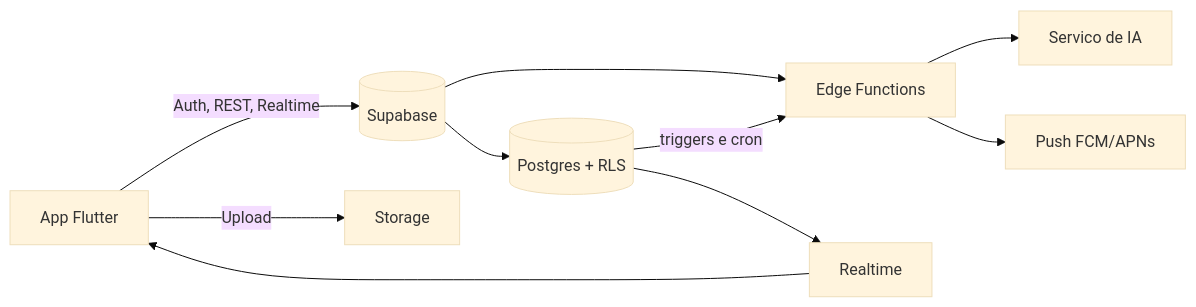
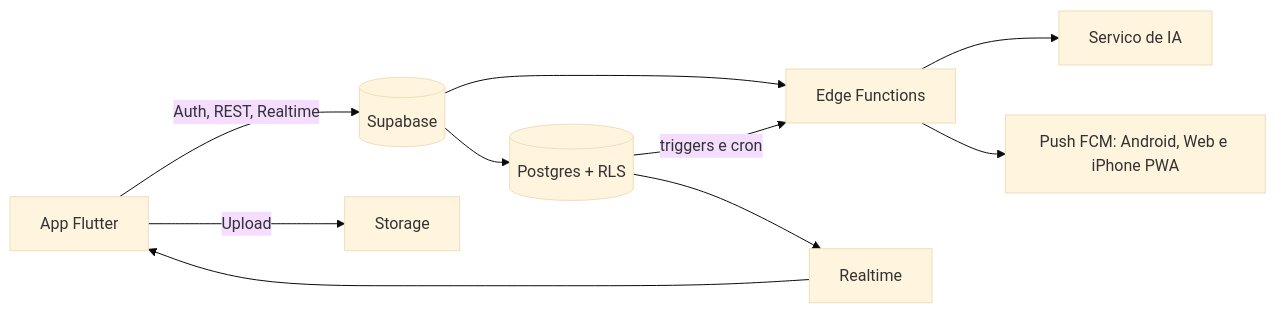
The diagram in Documentacao/arquitetura_tecnica.md (kelcalegari/OmniLar), drawn with Mermaid (base theme) before and after one commit. The commit also changed other lines of this file and 3 other files, not shown here.

First line of the commit message:
docs: use the installed web app on iPhone instead of the App Store

````diff
--- a/Documentacao/arquitetura_tecnica.md
+++ b/Documentacao/arquitetura_tecnica.md
@@ -7,12 +7,12 @@
 ```mermaid
 flowchart LR
     APP[App Flutter] -->|Auth, REST, Realtime| SB[(Supabase)]
     APP -->|Upload| ST[Storage]
     SB --> PG[(Postgres + RLS)]
     SB --> EF[Edge Functions]
     EF --> IA[Servico de IA]
-    EF --> PUSH[Push FCM/APNs]
+    EF --> PUSH[Push FCM: Android, Web e iPhone PWA]
     PG -->|triggers e cron| EF
     PG --> RT[Realtime]
     RT --> APP
 ```
````
